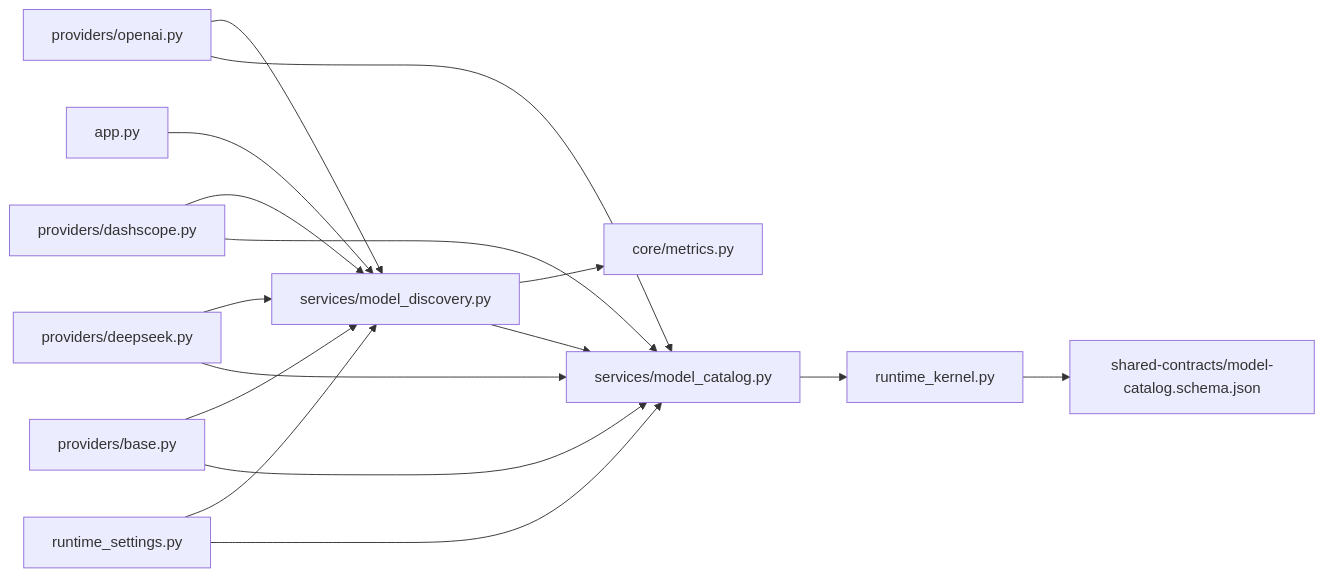
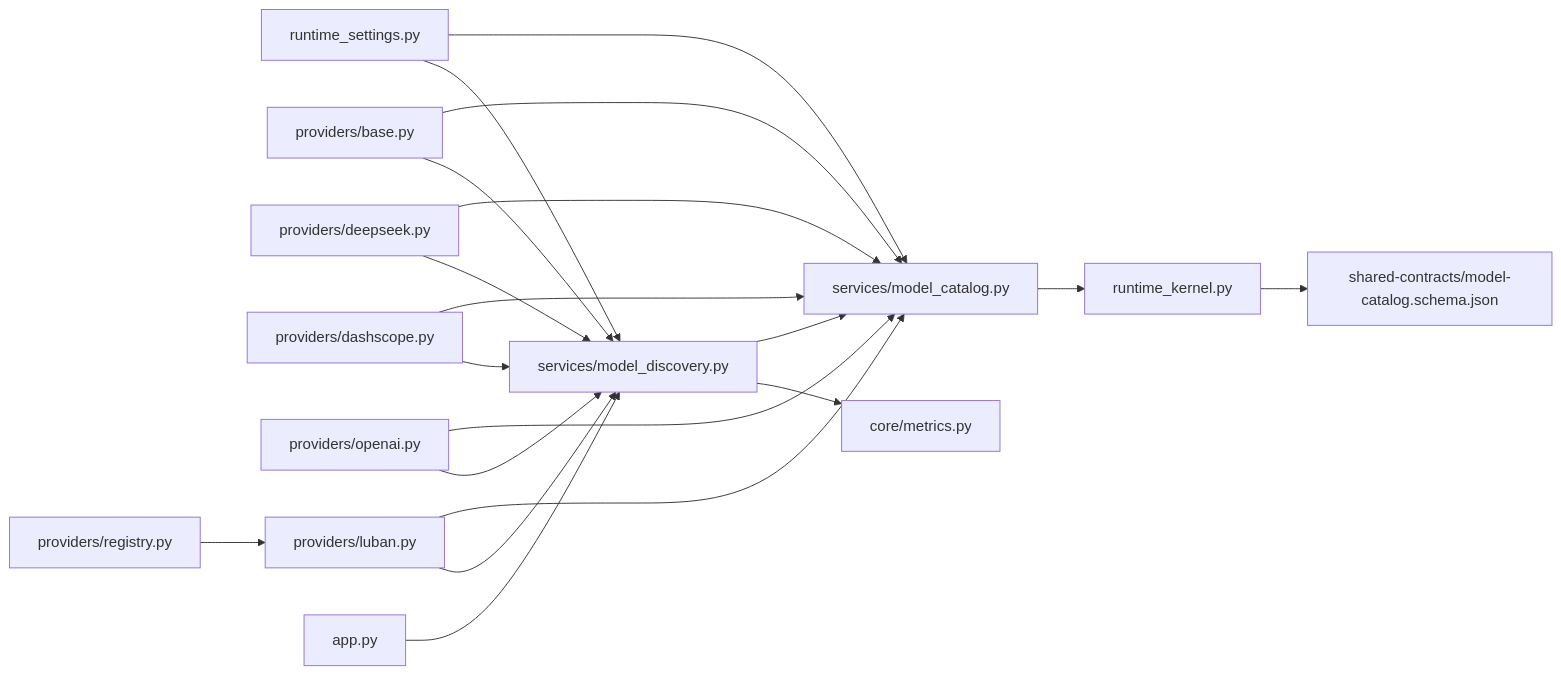
One commit to metasync/luban-aiops changed the ninth of 9 diagrams in .qoder/repowiki/en/content/Architecture Documentation/SPEC-026_ Multi-Model Runtime Catalog.md. Above: the diagram before and after it, drawn with Mermaid. The commit also changed other lines of this file and 4 other files, not shown here.

````diff
--- a/.qoder/repowiki/en/content/Architecture Documentation/SPEC-026_ Multi-Model Runtime Catalog.md
+++ b/.qoder/repowiki/en/content/Architecture Documentation/SPEC-026_ Multi-Model Runtime Catalog.md
@@ -450,18 +544,21 @@
 ```mermaid
 graph LR
 settings["runtime_settings.py"] --> catalog["services/model_catalog.py"]
 settings --> discovery["services/model_discovery.py"]
 base["providers/base.py"] --> catalog
 base --> discovery
 deepseek["providers/deepseek.py"] --> catalog
 deepseek --> discovery
 dashscope["providers/dashscope.py"] --> catalog
 dashscope --> discovery
 openai["providers/openai.py"] --> catalog
 openai --> discovery
+luban["providers/luban.py"] --> catalog
+luban --> discovery
 discovery --> catalog
 catalog --> kernel["runtime_kernel.py"]
 kernel --> schema["shared-contracts/model-catalog.schema.json"]
 app["app.py"] --> discovery
 discovery --> metrics["core/metrics.py"]
+registry["providers/registry.py"] --> luban
 ```
````
